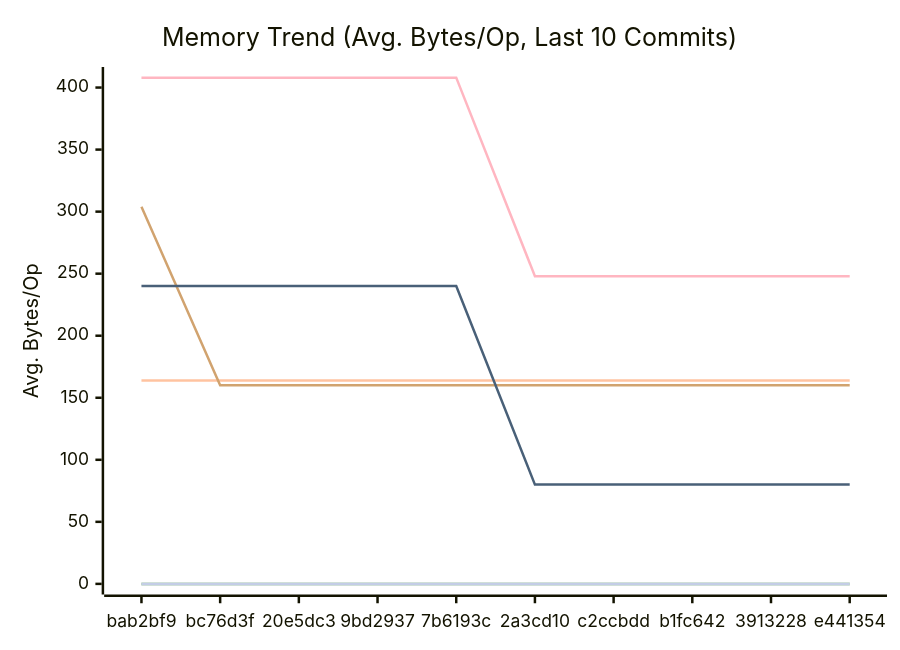
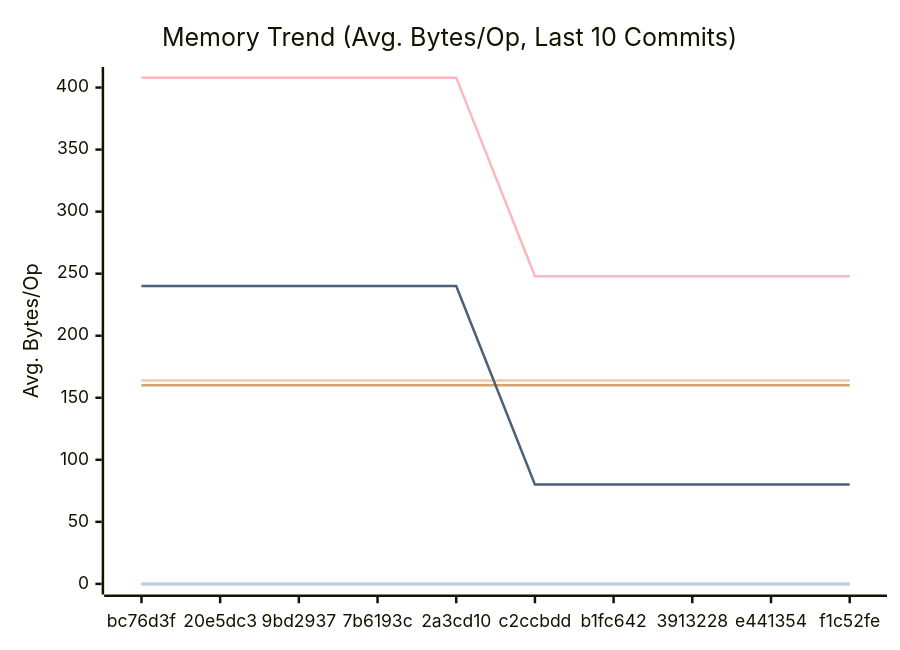
Before and after one commit to alsotoes/momo: the second of 3 diagrams in docs/PERFORMANCE.md, drawn with Mermaid. The commit also changed other lines of this file and 2 other files, not shown here.

````diff
--- a/docs/PERFORMANCE.md
+++ b/docs/PERFORMANCE.md
@@ -97,16 +97,16 @@
 ```mermaid
 xychart-beta
     title "Memory Trend (Avg. Bytes/Op, Last 10 Commits)"
     x-axis "Commit"
     y-axis "Avg. Bytes/Op"
-    x-axis [bab2bf9,bc76d3f,20e5dc3,9bd2937,7b6193c,2a3cd10,c2ccbdd,b1fc642,3913228,e441354]
+    x-axis [bc76d3f,20e5dc3,9bd2937,7b6193c,2a3cd10,c2ccbdd,b1fc642,3913228,e441354,f1c52fe]
     line "CheckMetricsAndSwap" [0,0,0,0,0,0,0,0,0,0]
     line "CrushOptimized" [0,0,0,0,0,0,0,0,0,0]
     line "CrushOriginal" [164,164,164,164,164,164,164,164,164,164]
     line "IndexDirectTracking" [0,0,0,0,0,0,0,0,0,0]
     line "IndexSearch" [0,0,0,0,0,0,0,0,0,0]
-    line "LoadGlobalConfig" [304,160,160,160,160,160,160,160,160,160]
+    line "LoadGlobalConfig" [160,160,160,160,160,160,160,160,160,160]
     line "PadString" [0,0,0,0,0,0,0,0,0,0]
     line "ParseReplicationOrder_NoPrealloc" [408,408,408,408,408,248,248,248,248,248]
     line "ParseReplicationOrder_Prealloc" [240,240,240,240,240,80,80,80,80,80]
 ```
````
